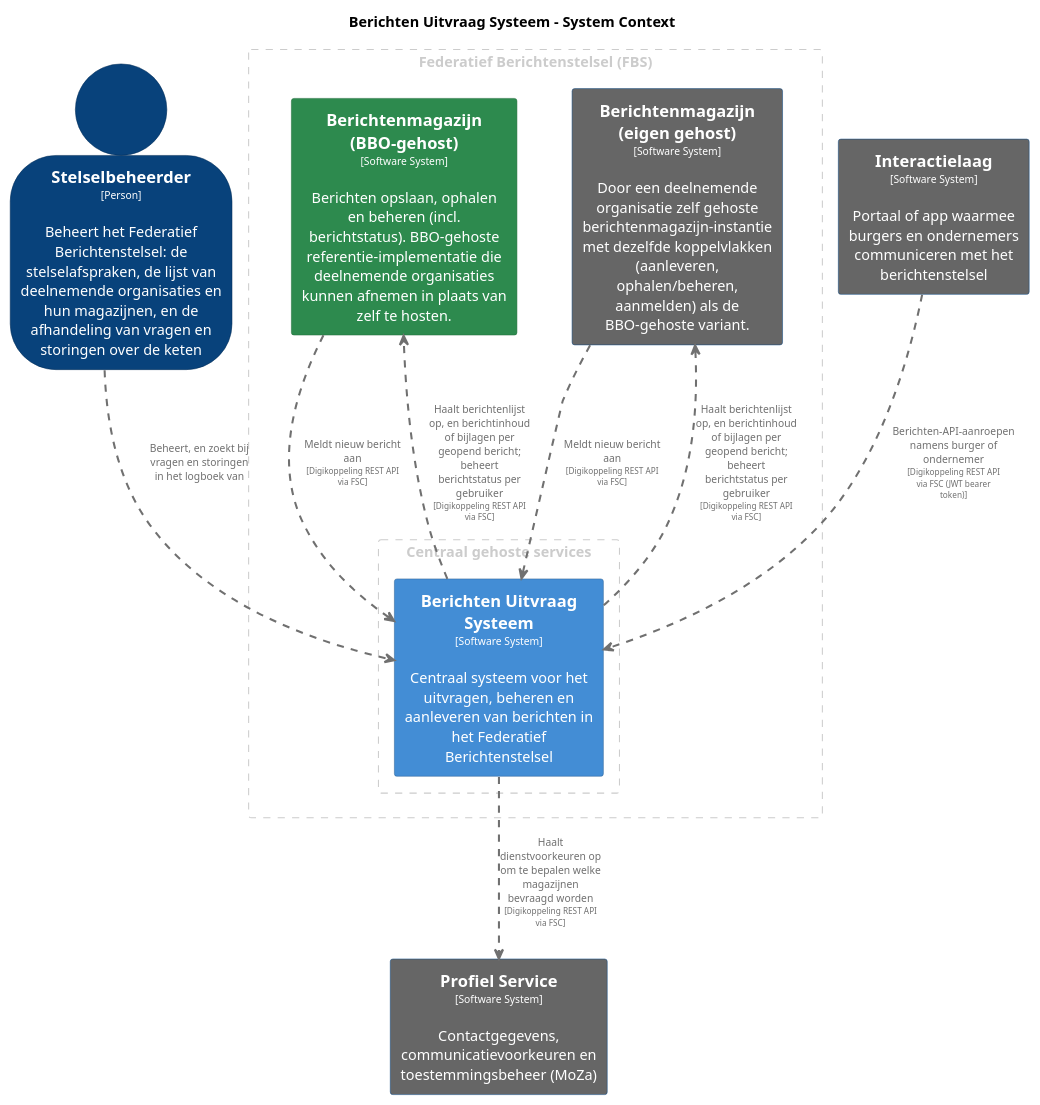
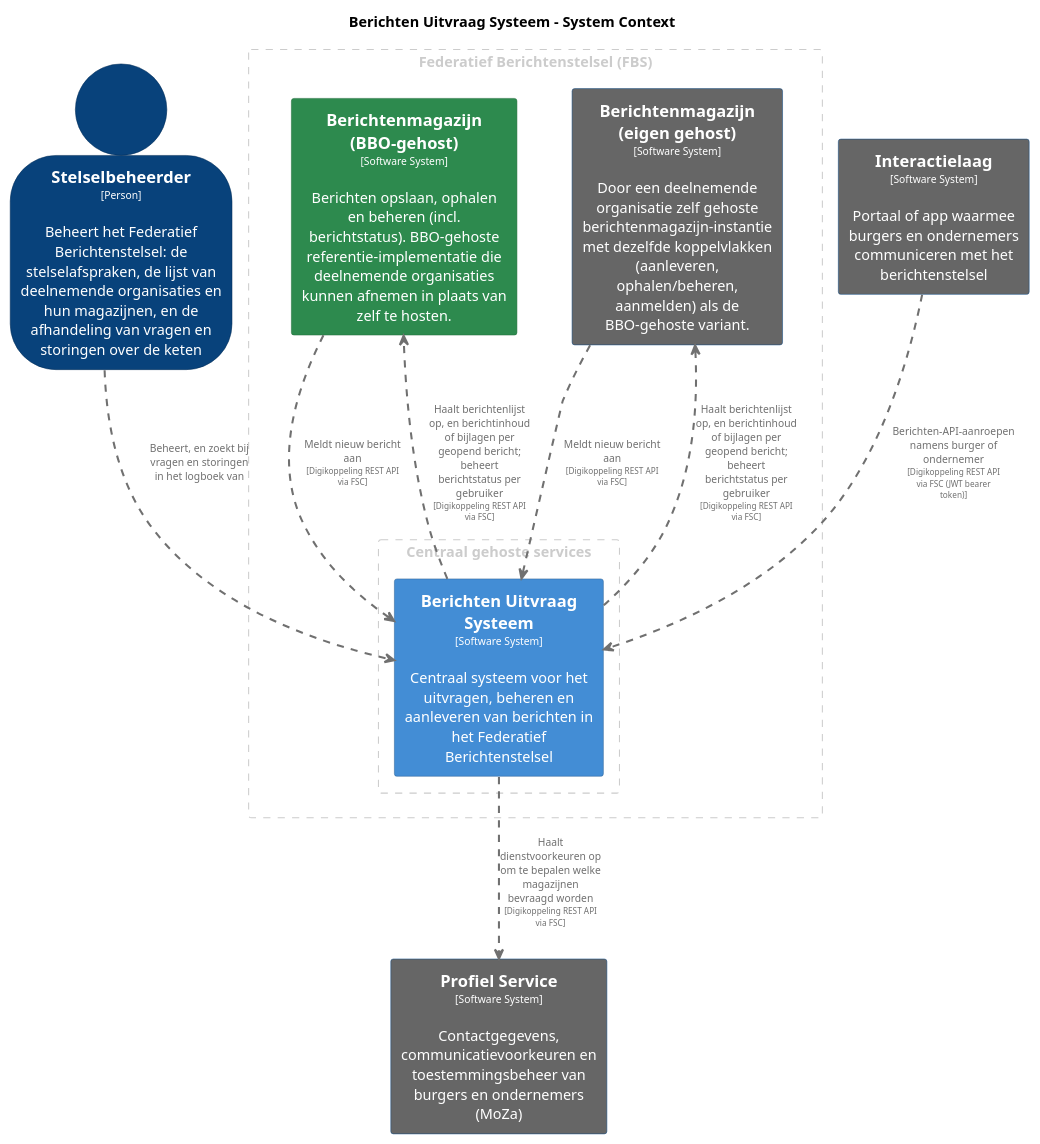
One commit to MinBZK/moza-poc-fbs-berichtenbox changed the diagram in pr-preview/pr-447/master/puml/BerichtenUitvraagSysteem.puml. Above: the diagram before and after it, drawn with PlantUML. The commit also changed 114 other files, not shown here.

```diff
--- a/pr-preview/pr-447/master/puml/BerichtenUitvraagSysteem.puml
+++ b/pr-preview/pr-447/master/puml/BerichtenUitvraagSysteem.puml
@@ -1,83 +1,83 @@
 @startuml
 set separator none
 title Berichten Uitvraag Systeem - System Context
 
 top to bottom direction
 skinparam ranksep 60
 skinparam nodesep 30
 
 skinparam {
   arrowFontSize 10
   defaultTextAlignment center
   wrapWidth 200
   maxMessageSize 100
 }
 
 hide stereotype
 
 skinparam rectangle<<BerichtenUitvraagSysteem>> {
   BackgroundColor #438dd5
   FontColor #ffffff
   BorderColor #2e6295
   shadowing false
 }
 skinparam rectangle<<BerichtenmagazijnBBOgehost>> {
   BackgroundColor #2d8a4e
   FontColor #ffffff
   BorderColor #1e6b38
   shadowing false
 }
 skinparam rectangle<<Berichtenmagazijneigengehost>> {
   BackgroundColor #666666
   FontColor #ffffff
   BorderColor #0b4884
   shadowing false
 }
 skinparam rectangle<<Interactielaag>> {
   BackgroundColor #666666
   FontColor #ffffff
   BorderColor #0b4884
   shadowing false
 }
 skinparam rectangle<<ProfielService>> {
   BackgroundColor #666666
   FontColor #ffffff
   BorderColor #0b4884
   shadowing false
 }
 skinparam person<<Stelselbeheerder>> {
   BackgroundColor #08427b
   FontColor #ffffff
   BorderColor #052e56
   shadowing false
 }
 
 rectangle "Federatief Berichtenstelsel (FBS)" <<group1>> as group1 {
   skinparam RectangleBorderColor<<group1>> #cccccc
   skinparam RectangleFontColor<<group1>> #cccccc
   skinparam RectangleBorderStyle<<group1>> dashed
 
   rectangle "==Berichtenmagazijn (eigen gehost)\n<size:10>[Software System]</size>\n\nDoor een deelnemende organisatie zelf gehoste berichtenmagazijn-instantie met dezelfde koppelvlakken (aanleveren, ophalen/beheren, aanmelden) als de BBO-gehoste variant." <<Berichtenmagazijneigengehost>> as Berichtenmagazijneigengehost
   rectangle "==Berichtenmagazijn (BBO-gehost)\n<size:10>[Software System]</size>\n\nBerichten opslaan, ophalen en beheren (incl. berichtstatus). BBO-gehoste referentie-implementatie die deelnemende organisaties kunnen afnemen in plaats van zelf te hosten." <<BerichtenmagazijnBBOgehost>> as BerichtenmagazijnBBOgehost
     rectangle "Centraal gehoste services" <<group2>> as group2 {
       skinparam RectangleBorderColor<<group2>> #cccccc
       skinparam RectangleFontColor<<group2>> #cccccc
       skinparam RectangleBorderStyle<<group2>> dashed
 
       rectangle "==Berichten Uitvraag Systeem\n<size:10>[Software System]</size>\n\nCentraal systeem voor het uitvragen, beheren en aanleveren van berichten in het Federatief Berichtenstelsel" <<BerichtenUitvraagSysteem>> as BerichtenUitvraagSysteem
     }
 
 }
 
 person "==Stelselbeheerder\n<size:10>[Person]</size>\n\nBeheert het Federatief Berichtenstelsel: de stelselafspraken, de lijst van deelnemende organisaties en hun magazijnen, en de afhandeling van vragen en storingen over de keten" <<Stelselbeheerder>> as Stelselbeheerder
-rectangle "==Profiel Service\n<size:10>[Software System]</size>\n\nContactgegevens, communicatievoorkeuren en toestemmingsbeheer (MoZa)" <<ProfielService>> as ProfielService
+rectangle "==Profiel Service\n<size:10>[Software System]</size>\n\nContactgegevens, communicatievoorkeuren en toestemmingsbeheer van burgers en ondernemers (MoZa)" <<ProfielService>> as ProfielService
 rectangle "==Interactielaag\n<size:10>[Software System]</size>\n\nPortaal of app waarmee burgers en ondernemers communiceren met het berichtenstelsel" <<Interactielaag>> as Interactielaag
 
 Stelselbeheerder .[#707070,thickness=2].> BerichtenUitvraagSysteem : "<color:#707070>Beheert, en zoekt bij vragen en storingen in het logboek van"
 Interactielaag .[#707070,thickness=2].> BerichtenUitvraagSysteem : "<color:#707070>Berichten-API-aanroepen namens burger of ondernemer\n<color:#707070><size:8>[Digikoppeling REST API via FSC (JWT bearer token)]</size>"
 BerichtenUitvraagSysteem .[#707070,thickness=2].> BerichtenmagazijnBBOgehost : "<color:#707070>Haalt berichtenlijst op, en berichtinhoud of bijlagen per geopend bericht; beheert berichtstatus per gebruiker\n<color:#707070><size:8>[Digikoppeling REST API via FSC]</size>"
 BerichtenUitvraagSysteem .[#707070,thickness=2].> Berichtenmagazijneigengehost : "<color:#707070>Haalt berichtenlijst op, en berichtinhoud of bijlagen per geopend bericht; beheert berichtstatus per gebruiker\n<color:#707070><size:8>[Digikoppeling REST API via FSC]</size>"
 BerichtenmagazijnBBOgehost .[#707070,thickness=2].> BerichtenUitvraagSysteem : "<color:#707070>Meldt nieuw bericht aan\n<color:#707070><size:8>[Digikoppeling REST API via FSC]</size>"
 Berichtenmagazijneigengehost .[#707070,thickness=2].> BerichtenUitvraagSysteem : "<color:#707070>Meldt nieuw bericht aan\n<color:#707070><size:8>[Digikoppeling REST API via FSC]</size>"
 BerichtenUitvraagSysteem .[#707070,thickness=2].> ProfielService : "<color:#707070>Haalt dienstvoorkeuren op om te bepalen welke magazijnen bevraagd worden\n<color:#707070><size:8>[Digikoppeling REST API via FSC]</size>"
 @enduml
```
